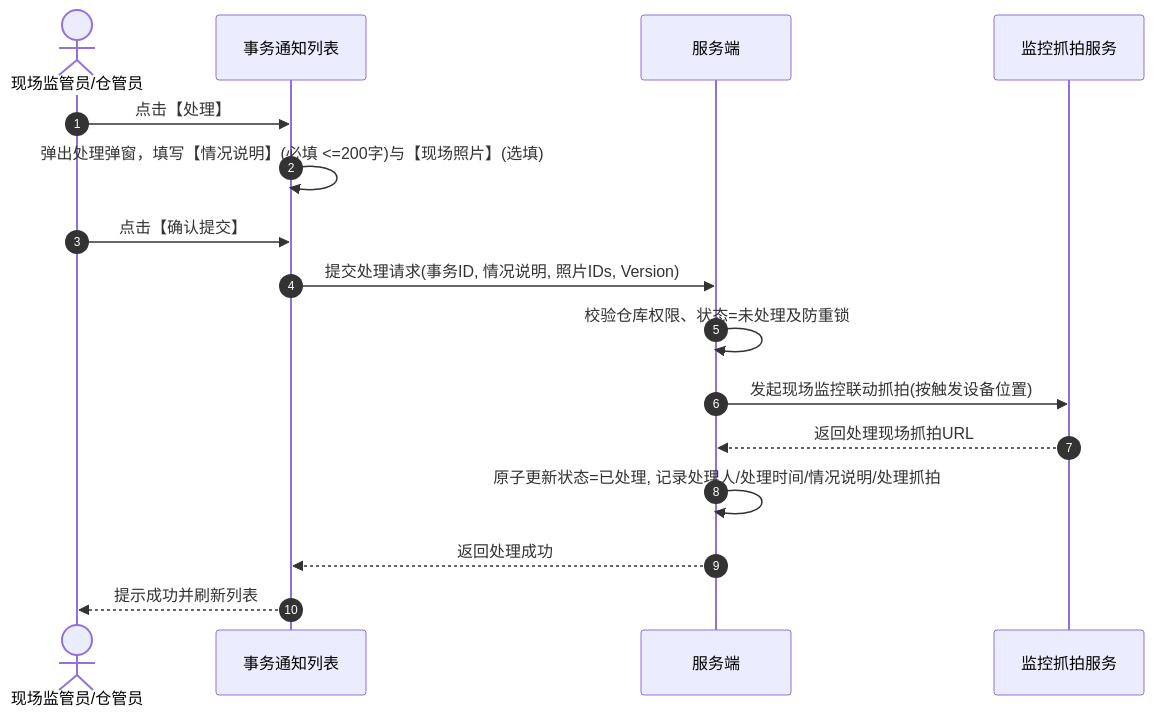
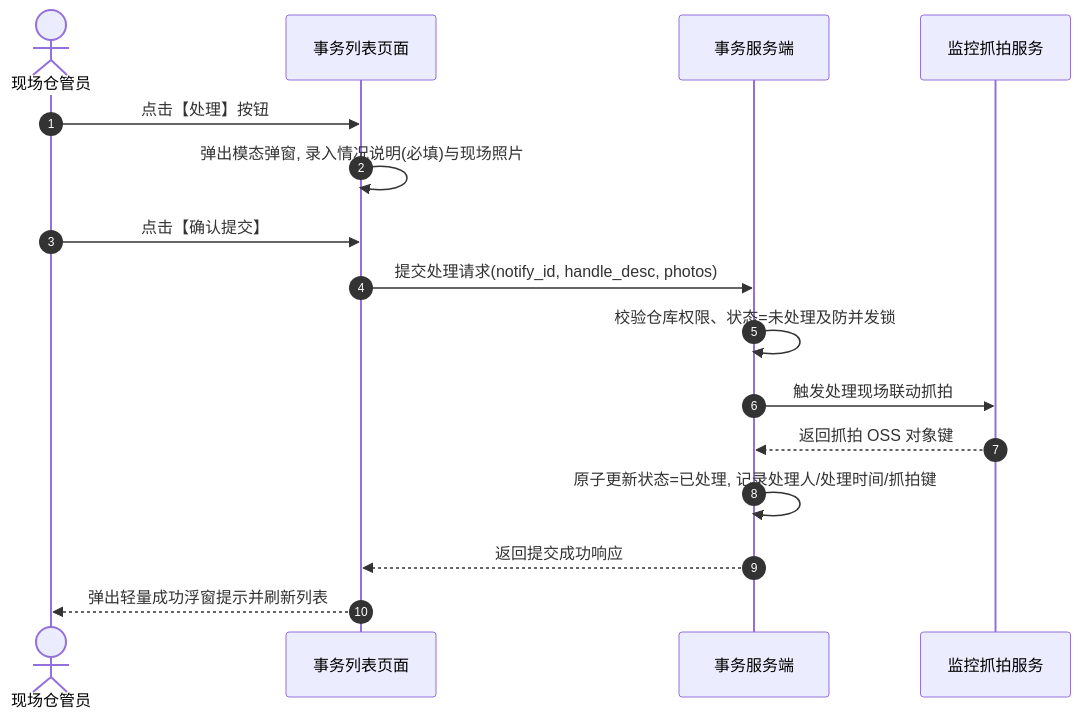
Before and after one commit to RobertHuang999/SYZC: the diagram in 02-PRD文档/🌟🌟🌟-最新基准版/B端PC/05-风控/07-风险信息-设备事务通知信息/设备事务通知信息主PRD.md, drawn with Mermaid. The commit also changed other lines of this file and 264 other files, not shown here.

````diff
--- a/02-PRD文档/🌟🌟🌟-最新基准版/B端PC/05-风控/07-风险信息-设备事务通知信息/设备事务通知信息主PRD.md
+++ b/02-PRD文档/🌟🌟🌟-最新基准版/B端PC/05-风控/07-风险信息-设备事务通知信息/设备事务通知信息主PRD.md
@@ -89,19 +76,19 @@
 ```mermaid
 sequenceDiagram
     autonumber
-    actor User as 现场监管员/仓管员
-    participant FE as 事务通知列表
-    participant API as 服务端
+    actor User as 现场仓管员
+    participant FE as 事务列表页面
+    participant API as 事务服务端
     participant CAM as 监控抓拍服务
 
-    User->>FE: 点击【处理】
-    FE->>FE: 弹出处理弹窗，填写【情况说明】(必填 <=200字)与【现场照片】(选填)
+    User->>FE: 点击【处理】按钮
+    FE->>FE: 弹出模态弹窗, 录入情况说明(必填)与现场照片
     User->>FE: 点击【确认提交】
-    FE->>API: 提交处理请求(事务ID, 情况说明, 照片IDs, Version)
-    API->>API: 校验仓库权限、状态=未处理及防重锁
-    API->>CAM: 发起现场监控联动抓拍(按触发设备位置)
-    CAM-->>API: 返回处理现场抓拍URL
-    API->>API: 原子更新状态=已处理, 记录处理人/处理时间/情况说明/处理抓拍
-    API-->>FE: 返回处理成功
-    FE-->>User: 提示成功并刷新列表
+    FE->>API: 提交处理请求(notify_id, handle_desc, photos)
+    API->>API: 校验仓库权限、状态=未处理及防并发锁
+    API->>CAM: 触发处理现场联动抓拍
+    CAM-->>API: 返回抓拍 OSS 对象键
+    API->>API: 原子更新状态=已处理, 记录处理人/处理时间/抓拍键
+    API-->>FE: 返回提交成功响应
+    FE-->>User: 弹出轻量成功浮窗提示并刷新列表
 ```
````
